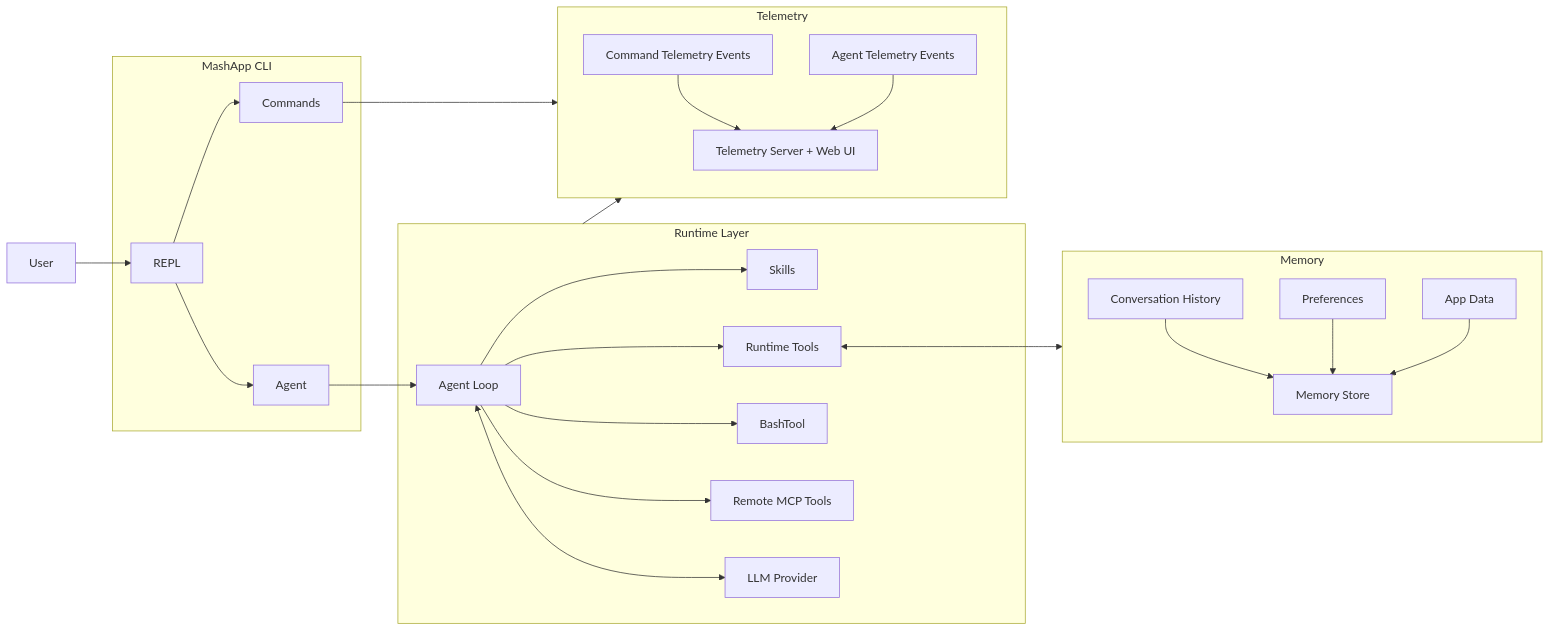
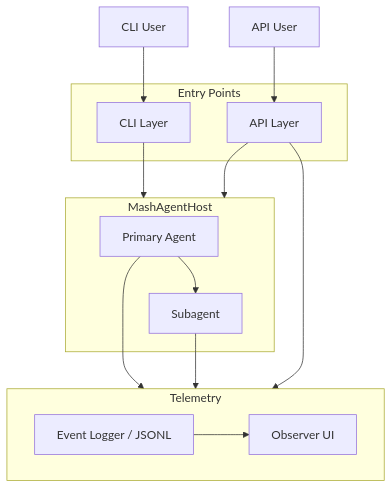
The first of 3 diagrams in README.md (imsid/mashpy), drawn with Mermaid before and after one commit. The commit also changed other lines of this file and 86 other files, not shown here.

````diff
--- a/README.md
+++ b/README.md
@@ -46,53 +87,32 @@
 ```mermaid
-flowchart LR
-    U[User]
+flowchart TB
+    U1[CLI User]
+    U2[API User]
 
-    subgraph MashApp[MashApp CLI]
-        REPL[REPL]
-        CMD[Commands]
-        AGENT[Agent]
+    subgraph ENTRY[Entry Points]
+        CLI[CLI Layer]
+        API[API Layer]
     end
 
-    subgraph RUNTIME[Runtime Layer]
-        LOOP[Agent Loop]
-        SKILLS[Skills]
-        RT[Runtime Tools]
-        BASH[BashTool]
-        MCP[Remote MCP Tools]
-        LLM[LLM Provider]
+    subgraph HOST[MashAgentHost]
+        P[Primary Agent]
+        S[Subagent]
     end
 
-    subgraph TELEMETRY[Telemetry]
-        LOG[Command Telemetry Events]
-        TEL[Telemetry Server + Web UI]
-        AGENT_LOG[Agent Telemetry Events]
+    subgraph OBS[Telemetry]
+        LOG[Event Logger / JSONL]
+        UI[Observer UI]
     end
 
-    subgraph MEMORY[Memory]
-        MEM[Memory Store]
-        SEARCH[Conversation History]
-        PREFS[Preferences]
-        APPD[App Data]
-    end
-    
-    U --> REPL
-    REPL --> CMD
-    REPL --> AGENT
+    U1 --> CLI
+    U2 --> API
 
-    AGENT --> LOOP
-    LOOP <--> LLM
-    LOOP --> SKILLS
-    LOOP --> RT
-    LOOP --> BASH
-    LOOP --> MCP
+    CLI --> HOST
+    API --> HOST
+    P --> S
 
-    RT <--> MEMORY
-    SEARCH --> MEM
-    PREFS --> MEM
-    APPD --> MEM
-
-    RUNTIME --> TELEMETRY
-    CMD --> TELEMETRY
-    LOG --> TEL
-    AGENT_LOG --> TEL
+    P --> OBS
+    S --> OBS
+    API --> OBS
+    LOG --> UI
 ```
````
